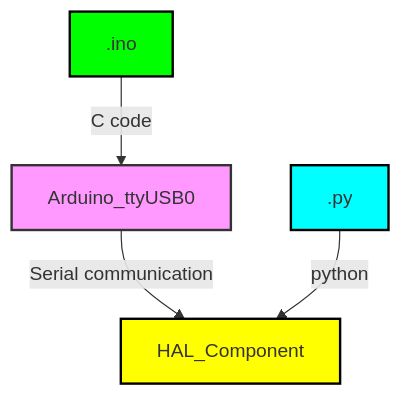
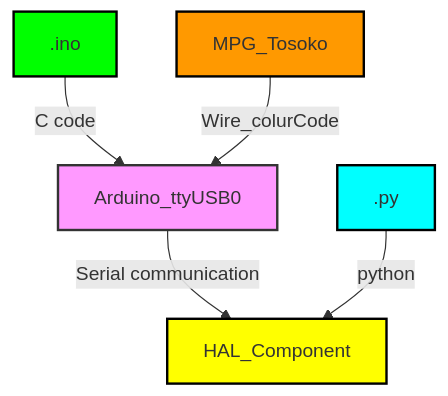
The diagram in README.md (Tpj-root/MPG_pendant), drawn with Mermaid before and after one commit.

````diff
--- a/README.md
+++ b/README.md
@@ -313,12 +313,14 @@
 ```mermaid
 graph TD;
     style A fill:#f9f,stroke:#333,stroke-width:2px;
     style B fill:#ff0,stroke:#000,stroke-width:2px;
     style C fill:#0f0,stroke:#000,stroke-width:2px;
     style D fill:#0ff,stroke:#000,stroke-width:2px;
+    style E fill:#f90,stroke:#000,stroke-width:2px;
+
     
     A[Arduino_ttyUSB0] --> |Serial communication| B[HAL_Component]
     C[.ino]  --> |C code|A
     D[.py]  --> |python| B
-
+    E[MPG_Tosoko] --> |Wire_colurCode|A
 ```
````
